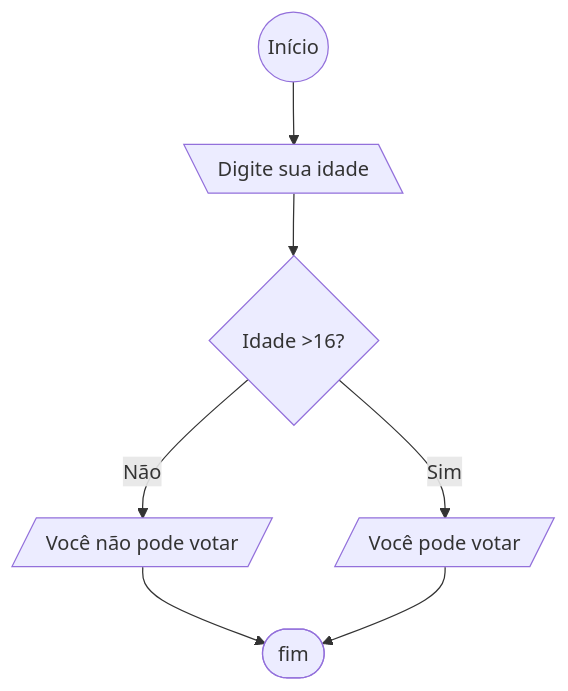
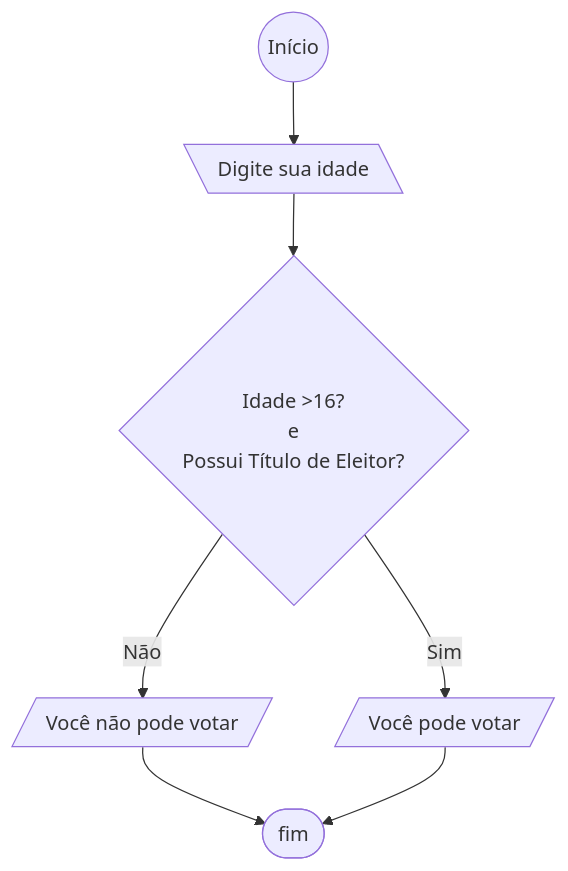
The fifth of 9 diagrams in LP_Lista_01/README.md (giovana-rafaela-dev/lista_exercicios_LP), drawn with Mermaid before and after one commit. The commit also changed other lines of this file and 112 other files, not shown here.

````diff
--- a/LP_Lista_01/README.md
+++ b/LP_Lista_01/README.md
@@ -69,9 +69,9 @@
    ```mermaid
    flowchart TD
       inicio(( Início )) --> entrada[\ Digite sua idade\]
-      entrada --> verificação{ Idade >16?}
+      entrada --> verificação{ Idade >16? \n e \n Possui Título de Eleitor?}
       verificação --> |Não| resposta1[/ Você não pode votar /]
       verificação --> |Sim| resposta2[/Você pode votar/]
       resposta1 --> out([ fim ])
       resposta2 --> out
    ```
````
